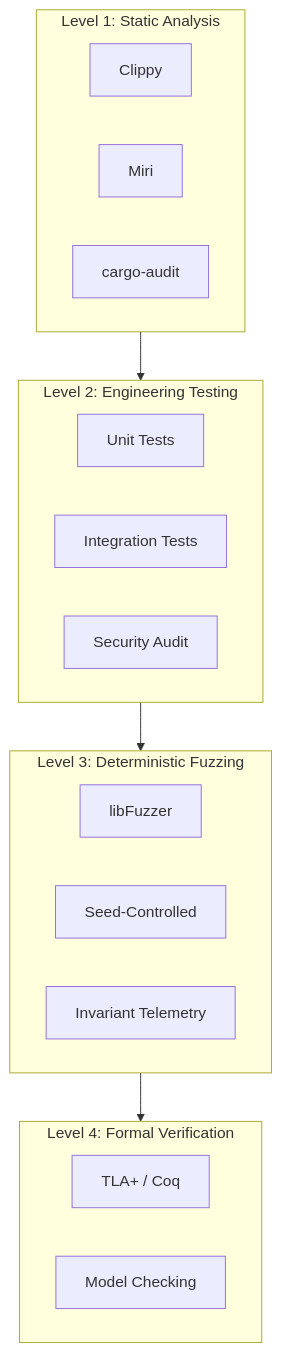
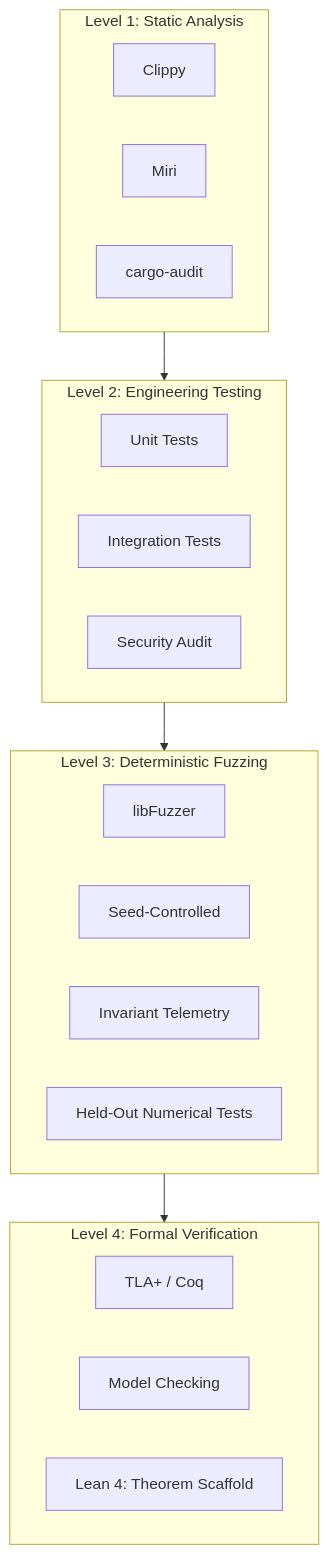
Before and after one commit to RFT-SIRM/UltraCore-RFT: the diagram in SCIENTIFIC_BASIS.md, drawn with Mermaid. The commit also changed other lines of this file, not shown here.

Commit message:
docs(scientific-basis): add Evgeny's Theorem as literal mathematics with status and boundaries

````diff
--- a/SCIENTIFIC_BASIS.md
+++ b/SCIENTIFIC_BASIS.md
@@ -88,23 +127,25 @@
 ```mermaid
 flowchart TB
     subgraph L4["Level 4: Formal Verification"]
         TLA["TLA+ / Coq"]
         MC["Model Checking"]
+        LEAN["Lean 4: Theorem Scaffold"]
     end
     subgraph L3["Level 3: Deterministic Fuzzing"]
         FUZZ["libFuzzer"]
         SEED["Seed-Controlled"]
         INV["Invariant Telemetry"]
+        HELD["Held-Out Numerical Tests"]
     end
     subgraph L2["Level 2: Engineering Testing"]
         UNIT["Unit Tests"]
         INT["Integration Tests"]
         AUDIT["Security Audit"]
     end
     subgraph L1["Level 1: Static Analysis"]
         CLIP["Clippy"]
         MIRI["Miri"]
         AUD["cargo-audit"]
     end
     L1 --> L2 --> L3 --> L4
 ```
````
